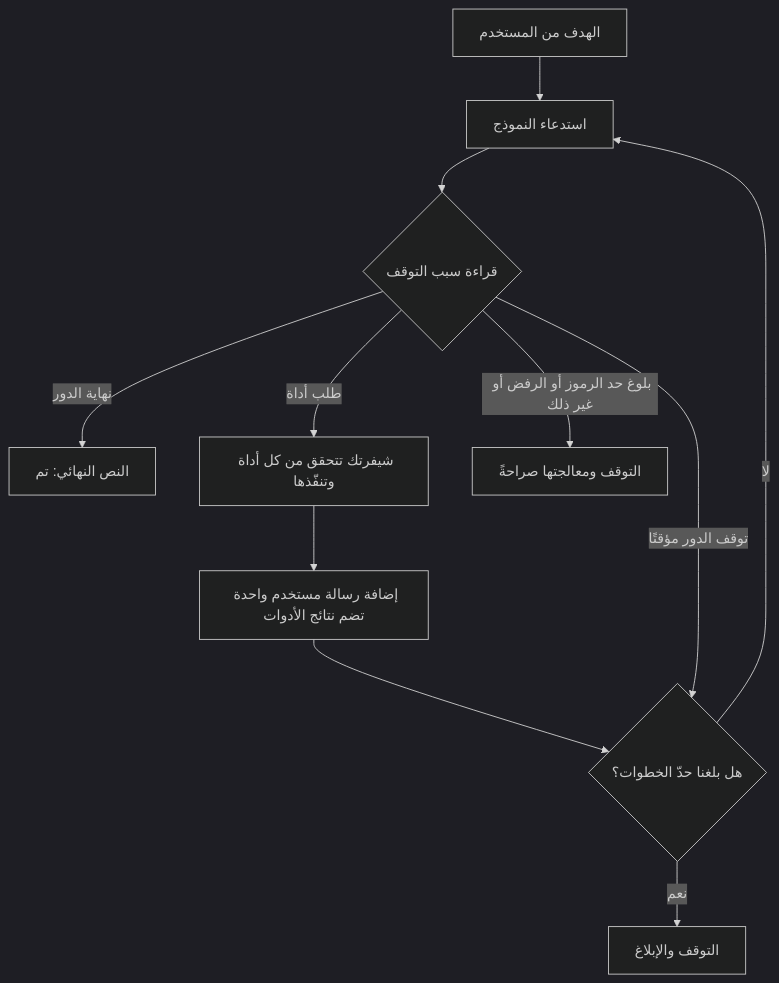
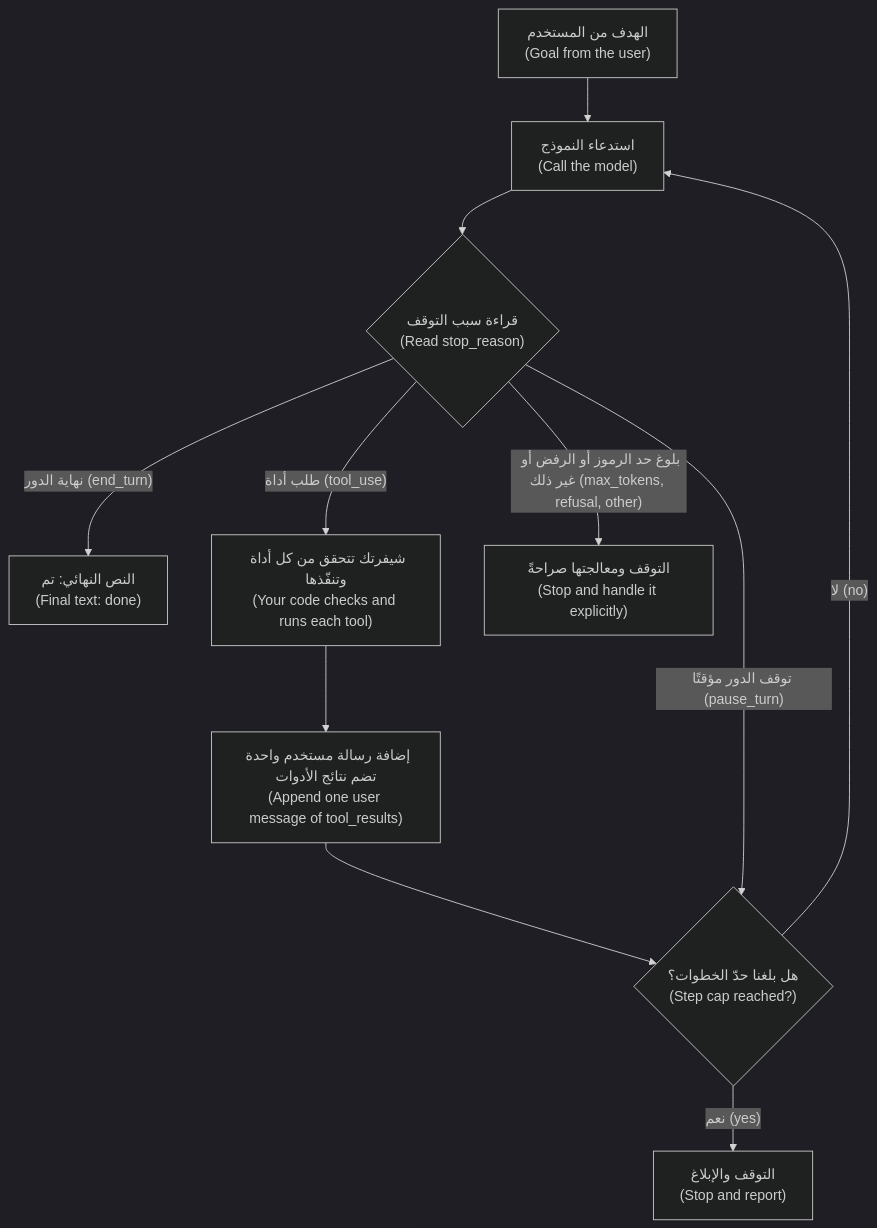
Before and after one commit to Tamoura/system-design-for-vibe-coders: the second of 2 diagrams in aiapps/modules/01-llm-app.ar.md, drawn with Mermaid (dark theme). The commit also changed other lines of this file and 17 other files, not shown here.

First line of the commit message:
AI applications & agents: Arabic edition complete (RTL diagrams, diagram glosses, translated 60-question exam)

````diff
--- a/aiapps/modules/01-llm-app.ar.md
+++ b/aiapps/modules/01-llm-app.ar.md
@@ -382,13 +382,13 @@
 ```mermaid
 flowchart TD
-    G["الهدف من المستخدم"] --> L["استدعاء النموذج"]
-    L --> Q{"قراءة سبب التوقف"}
-    Q -->|"نهاية الدور"| D["النص النهائي: تم"]
-    Q -->|"طلب أداة"| T["شيفرتك تتحقق من كل أداة وتنفّذها"]
-    T --> A["إضافة رسالة مستخدم واحدة تضم نتائج الأدوات"]
-    A --> C{"هل بلغنا حدّ الخطوات؟"}
-    C -->|"لا"| L
-    C -->|"نعم"| S["التوقف والإبلاغ"]
-    Q -->|"بلوغ حد الرموز أو الرفض أو غير ذلك"| O["التوقف ومعالجتها صراحةً"]
-    Q -->|"توقف الدور مؤقتًا"| C
+    G["الهدف من المستخدم<br/>(Goal from the user)"] --> L["استدعاء النموذج<br/>(Call the model)"]
+    L --> Q{"قراءة سبب التوقف<br/>(Read stop_reason)"}
+    Q -->|"نهاية الدور (end_turn)"| D["النص النهائي: تم<br/>(Final text: done)"]
+    Q -->|"طلب أداة (tool_use)"| T["شيفرتك تتحقق من كل أداة وتنفّذها<br/>(Your code checks and runs each tool)"]
+    T --> A["إضافة رسالة مستخدم واحدة تضم نتائج الأدوات<br/>(Append one user message of tool_results)"]
+    A --> C{"هل بلغنا حدّ الخطوات؟<br/>(Step cap reached?)"}
+    C -->|"لا (no)"| L
+    C -->|"نعم (yes)"| S["التوقف والإبلاغ<br/>(Stop and report)"]
+    Q -->|"بلوغ حد الرموز أو الرفض أو غير ذلك (max_tokens, refusal, other)"| O["التوقف ومعالجتها صراحةً<br/>(Stop and handle it explicitly)"]
+    Q -->|"توقف الدور مؤقتًا (pause_turn)"| C
 ```
````
